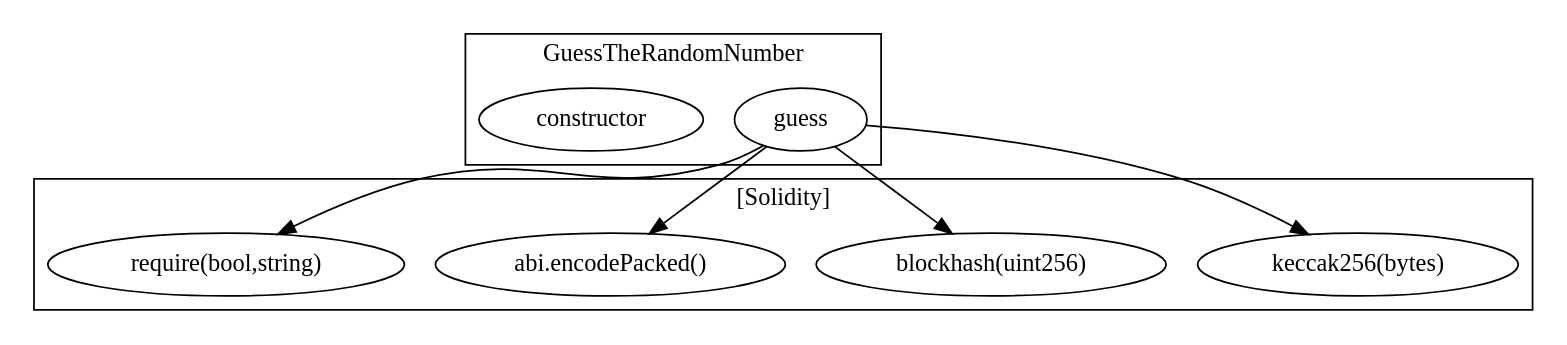
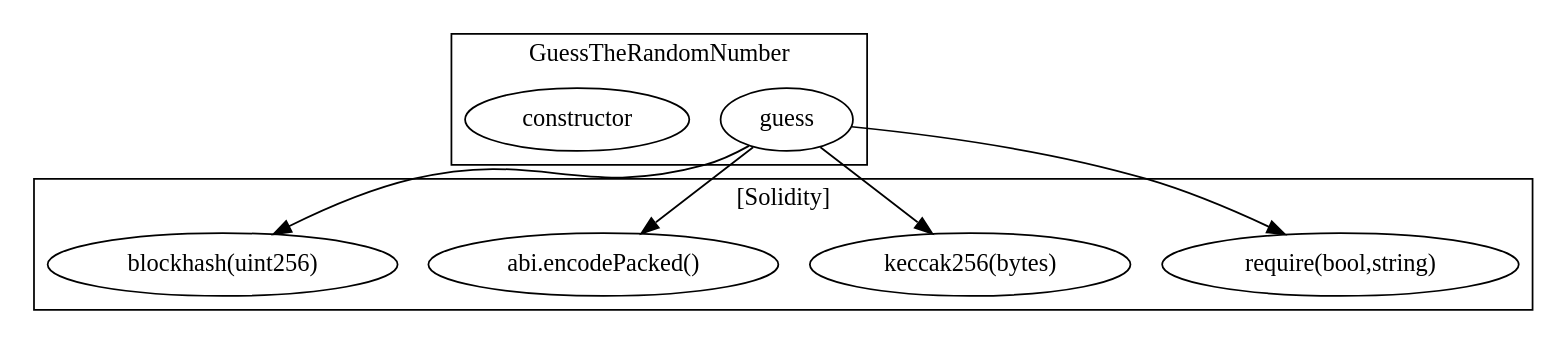
The diagram in result/call_graph_results/call-graph.dot (siksum/SafeDevAnalyzer), drawn with Graphviz before and after one commit. The commit also changed other lines of this file and 12 other files, not shown here.

```diff
--- a/result/call_graph_results/call-graph.dot
+++ b/result/call_graph_results/call-graph.dot
@@ -1,17 +1,17 @@
 strict digraph {
 subgraph cluster_51_GuessTheRandomNumber {
 label = "GuessTheRandomNumber"
 "51_guess" [label="guess"]
 "51_constructor" [label="constructor"]
 }subgraph cluster_solidity {
 label = "[Solidity]"
+"require(bool,string)" 
 "keccak256(bytes)" 
+"abi.encodePacked()" 
 "blockhash(uint256)" 
-"abi.encodePacked()" 
-"require(bool,string)" 
+"51_guess" -> "abi.encodePacked()"
+"51_guess" -> "blockhash(uint256)"
 "51_guess" -> "keccak256(bytes)"
 "51_guess" -> "require(bool,string)"
-"51_guess" -> "blockhash(uint256)"
-"51_guess" -> "abi.encodePacked()"
 }
 }
```
